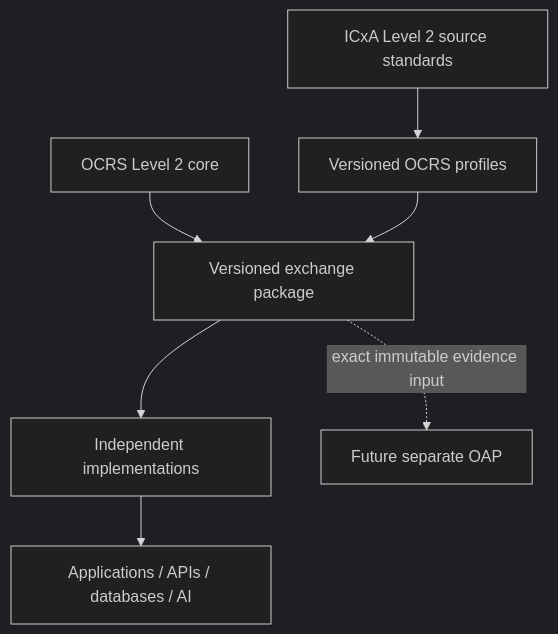
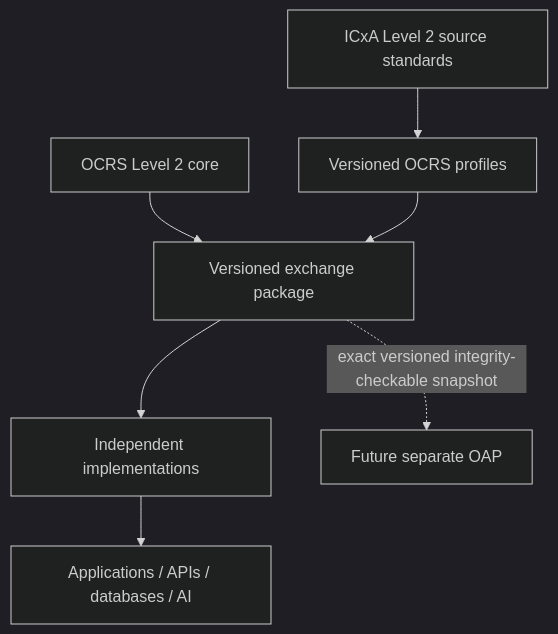
Before and after one commit to inst-cx-assurance/ocrs: the diagram in docs/architecture.md, drawn with Mermaid (dark theme). The commit also changed other lines of this file and 83 other files, not shown here.

````diff
--- a/docs/architecture.md
+++ b/docs/architecture.md
@@ -5,9 +5,9 @@
 ```mermaid
 flowchart TB
   ICXA[ICxA Level 2 source standards] --> Profiles[Versioned OCRS profiles]
   Core[OCRS Level 2 core] --> Package[Versioned exchange package]
   Profiles --> Package
   Package --> Implementations[Independent implementations]
   Implementations --> Apps[Applications / APIs / databases / AI]
-  Package -. exact immutable evidence input .-> Future[Future separate OAP]
+  Package -. exact versioned integrity-checkable snapshot .-> Future[Future separate OAP]
 ```
````
